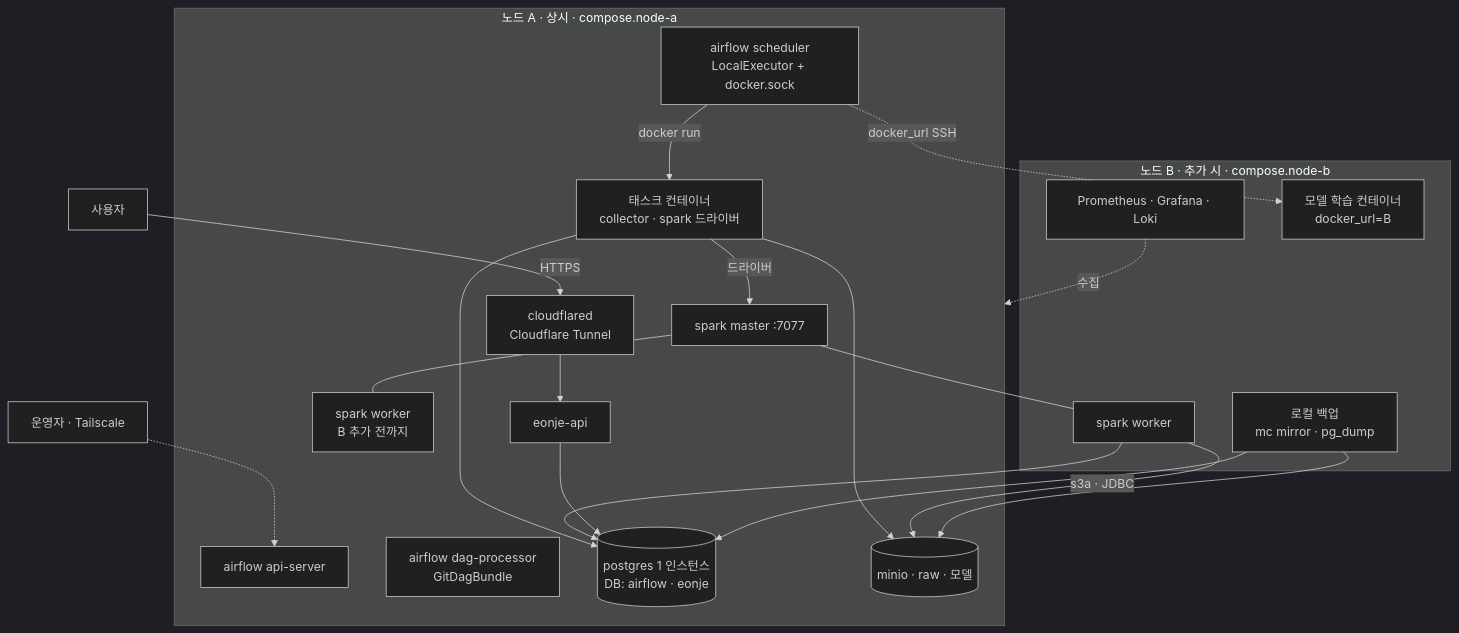
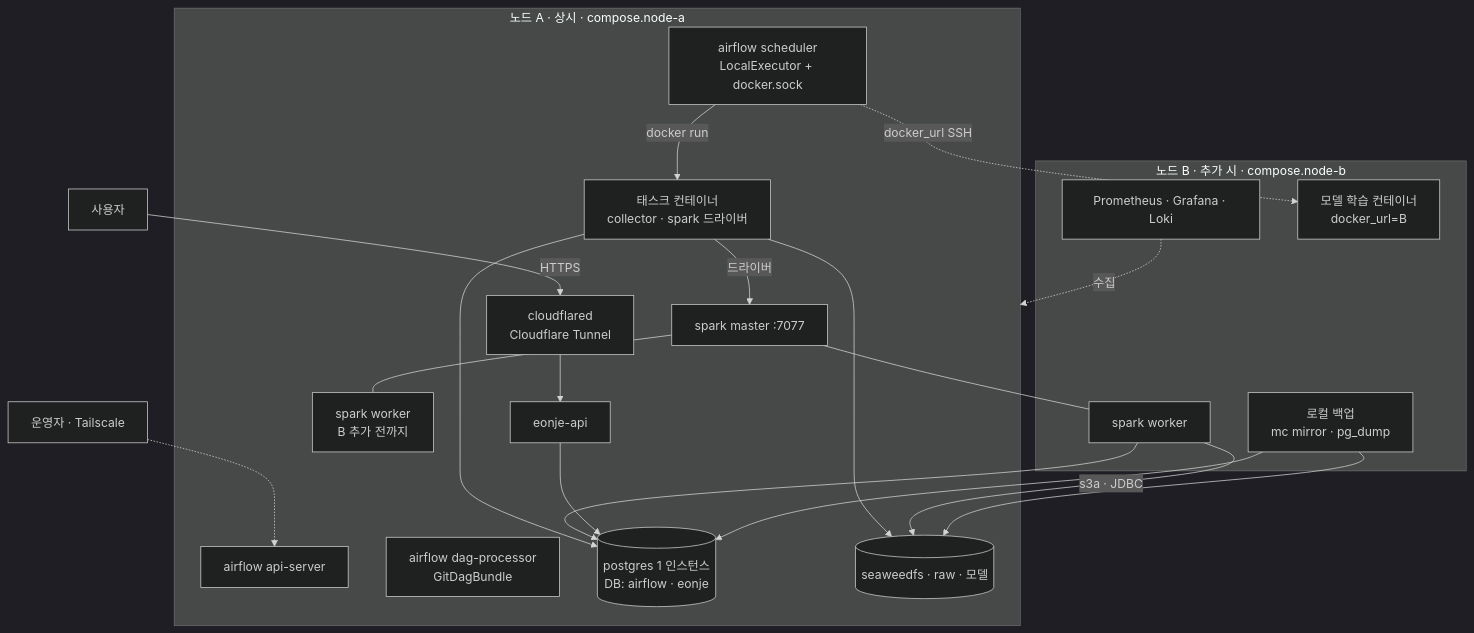
One commit to jungyu333/eonje changed the second of 2 diagrams in docs/design.md. Above: the diagram before and after it, drawn with Mermaid (dark theme). The commit also changed other lines of this file and 31 other files, not shown here.

````diff
--- a/docs/design.md
+++ b/docs/design.md
@@ -144,37 +145,37 @@
 ```mermaid
 flowchart TB
     subgraph A[노드 A · 상시 · compose.node-a]
         CF[cloudflared<br/>Cloudflare Tunnel]
         AS[airflow api-server]
         SC[airflow scheduler<br/>LocalExecutor + docker.sock]
         DP[airflow dag-processor<br/>GitDagBundle]
         TK[태스크 컨테이너<br/>collector · spark 드라이버]
         PG[(postgres 1 인스턴스<br/>DB: airflow · eonje)]
-        MN[(minio · raw · 모델)]
+        MN[(seaweedfs · raw · 모델)]
         SM[spark master :7077]
         SWA[spark worker<br/>B 추가 전까지]
         FA[eonje-api]
     end
     subgraph B[노드 B · 추가 시 · compose.node-b]
         SWB[spark worker]
         MON[Prometheus · Grafana · Loki]
         BK[로컬 백업<br/>mc mirror · pg_dump]
         MLT[모델 학습 컨테이너<br/>docker_url=B]
     end
     SC -->|docker run| TK
     SC -.->|docker_url SSH| MLT
     TK --> PG
     TK --> MN
     TK -->|드라이버| SM
     SM --- SWA
     SM --- SWB
     SWB -->|s3a · JDBC| MN
     SWB --> PG
     FA --> PG
     CF --> FA
     U[사용자] -->|HTTPS| CF
     OP[운영자 · Tailscale] -.-> AS
     BK --> MN
     BK --> PG
     MON -.->|수집| A
 ```
````
